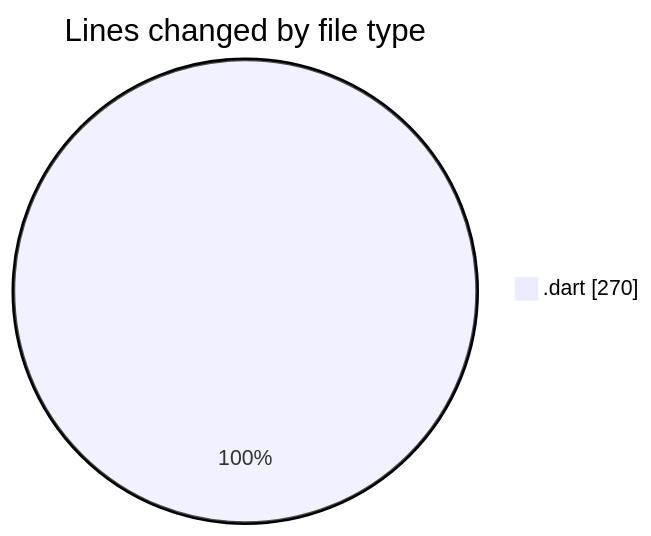
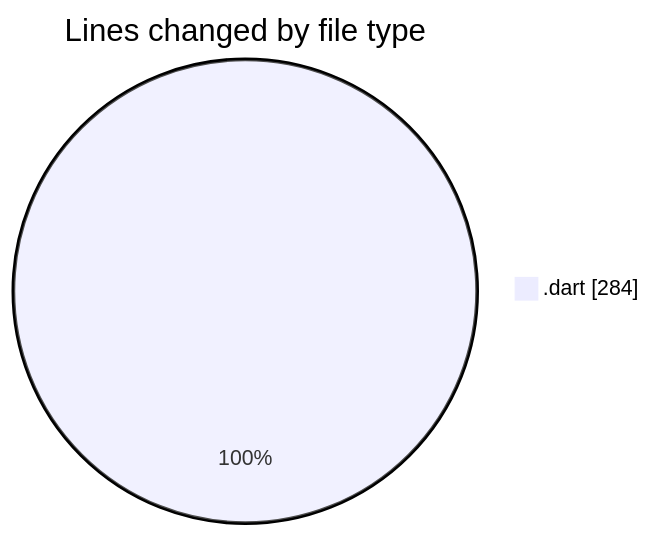
Before and after one commit to donsfak/code-tracking: the first of 2 diagrams in 2025-02-18/uber_clone/README.md, drawn with Mermaid. The commit also changed other lines of this file and 1 other file, not shown here.

````diff
--- a/2025-02-18/uber_clone/README.md
+++ b/2025-02-18/uber_clone/README.md
@@ -21,5 +21,5 @@
 ```mermaid
 pie showData
 title Lines changed by file type
-".dart" : 270
+".dart" : 284
 ```
````
